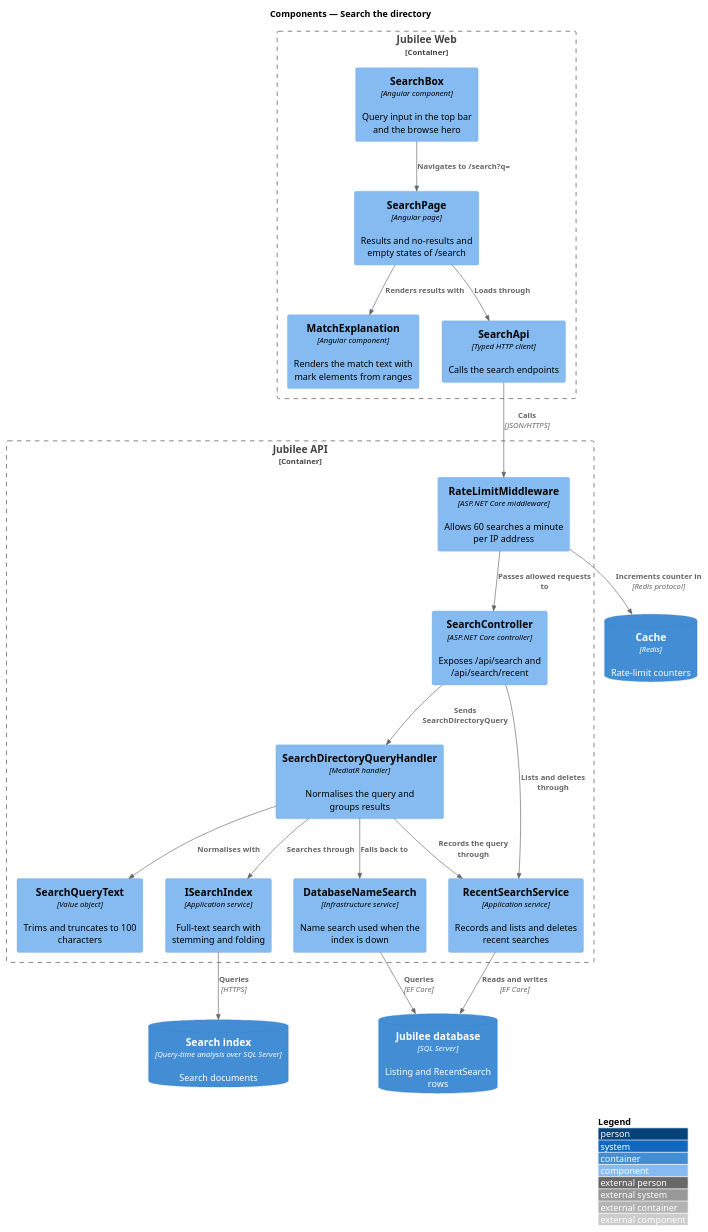
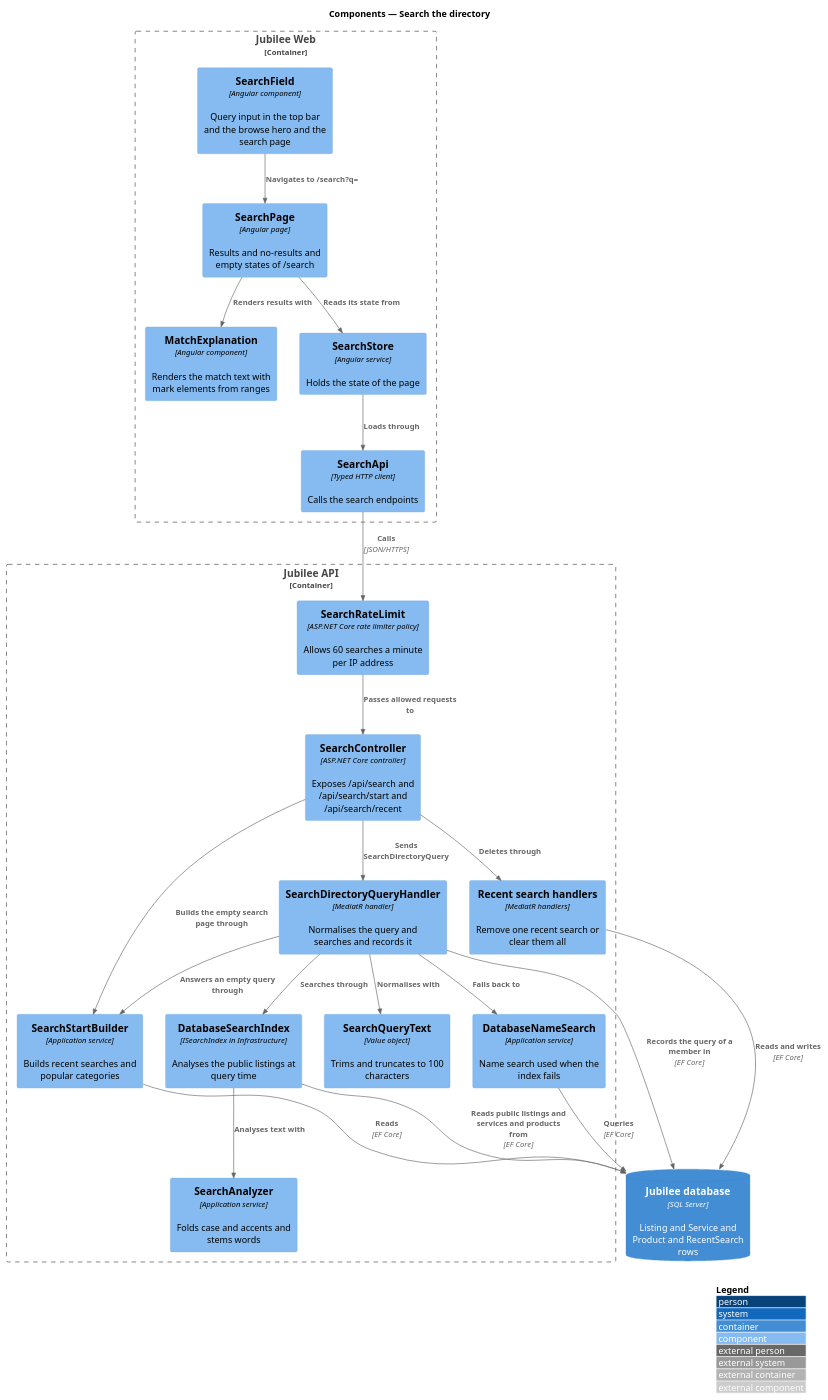
The diagram in docs/detailed-designs/directory/search-directory/diagrams/c4-component.puml (QuinntyneBrown/jubilee), drawn with PlantUML before and after one commit. The commit also changed 34 other files, not shown here.

First line of the commit message:
Search: the index over the database is the final design, with no indexing job (ADR 0011, L2-029 AC7)

```diff
--- a/docs/detailed-designs/directory/search-directory/diagrams/c4-component.puml
+++ b/docs/detailed-designs/directory/search-directory/diagrams/c4-component.puml
@@ -1,40 +1,45 @@
 @startuml
 !include <C4/C4_Component>
 LAYOUT_WITH_LEGEND()
 title Components — Search the directory
 
 Container_Boundary(web, "Jubilee Web") {
-  Component(box, "SearchBox", "Angular component", "Query input in the top bar and the browse hero")
+  Component(box, "SearchField", "Angular component", "Query input in the top bar and the browse hero and the search page")
   Component(page, "SearchPage", "Angular page", "Results and no-results and empty states of /search")
   Component(highlight, "MatchExplanation", "Angular component", "Renders the match text with mark elements from ranges")
+  Component(store, "SearchStore", "Angular service", "Holds the state of the page")
   Component(client, "SearchApi", "Typed HTTP client", "Calls the search endpoints")
 }
 Container_Boundary(api, "Jubilee API") {
-  Component(limit, "RateLimitMiddleware", "ASP.NET Core middleware", "Allows 60 searches a minute per IP address")
-  Component(ctrl, "SearchController", "ASP.NET Core controller", "Exposes /api/search and /api/search/recent")
-  Component(handler, "SearchDirectoryQueryHandler", "MediatR handler", "Normalises the query and groups results")
+  Component(limit, "SearchRateLimit", "ASP.NET Core rate limiter policy", "Allows 60 searches a minute per IP address")
+  Component(ctrl, "SearchController", "ASP.NET Core controller", "Exposes /api/search and /api/search/start and /api/search/recent")
+  Component(handler, "SearchDirectoryQueryHandler", "MediatR handler", "Normalises the query and searches and records it")
   Component(text, "SearchQueryText", "Value object", "Trims and truncates to 100 characters")
-  Component(isearch, "ISearchIndex", "Application service", "Full-text search with stemming and folding")
-  Component(fallback, "DatabaseNameSearch", "Infrastructure service", "Name search used when the index is down")
-  Component(recent, "RecentSearchService", "Application service", "Records and lists and deletes recent searches")
+  Component(isearch, "DatabaseSearchIndex", "ISearchIndex in Infrastructure", "Analyses the public listings at query time")
+  Component(analyzer, "SearchAnalyzer", "Application service", "Folds case and accents and stems words")
+  Component(fallback, "DatabaseNameSearch", "Application service", "Name search used when the index fails")
+  Component(start, "SearchStartBuilder", "Application service", "Builds recent searches and popular categories")
+  Component(recent, "Recent search handlers", "MediatR handlers", "Remove one recent search or clear them all")
 }
-ContainerDb(index, "Search index", "Query-time analysis over SQL Server", "Search documents")
-ContainerDb(cache, "Cache", "Redis", "Rate-limit counters")
-ContainerDb(db, "Jubilee database", "SQL Server", "Listing and RecentSearch rows")
+ContainerDb(db, "Jubilee database", "SQL Server", "Listing and Service and Product and RecentSearch rows")
 
 Rel(box, page, "Navigates to /search?q=")
 Rel(page, highlight, "Renders results with")
-Rel(page, client, "Loads through")
+Rel(page, store, "Reads its state from")
+Rel(store, client, "Loads through")
 Rel(client, limit, "Calls", "JSON/HTTPS")
-Rel(limit, cache, "Increments counter in", "Redis protocol")
 Rel(limit, ctrl, "Passes allowed requests to")
 Rel(ctrl, handler, "Sends SearchDirectoryQuery")
-Rel(ctrl, recent, "Lists and deletes through")
+Rel(ctrl, recent, "Deletes through")
+Rel(ctrl, start, "Builds the empty search page through")
 Rel(handler, text, "Normalises with")
 Rel(handler, isearch, "Searches through")
 Rel(handler, fallback, "Falls back to")
-Rel(handler, recent, "Records the query through")
-Rel(isearch, index, "Queries", "HTTPS")
+Rel(handler, start, "Answers an empty query through")
+Rel(handler, db, "Records the query of a member in", "EF Core")
+Rel(isearch, analyzer, "Analyses text with")
+Rel(isearch, db, "Reads public listings and services and products from", "EF Core")
+Rel(start, db, "Reads", "EF Core")
 Rel(fallback, db, "Queries", "EF Core")
 Rel(recent, db, "Reads and writes", "EF Core")
 @enduml
```
